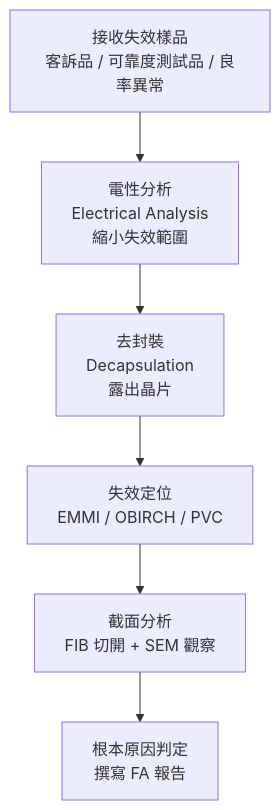
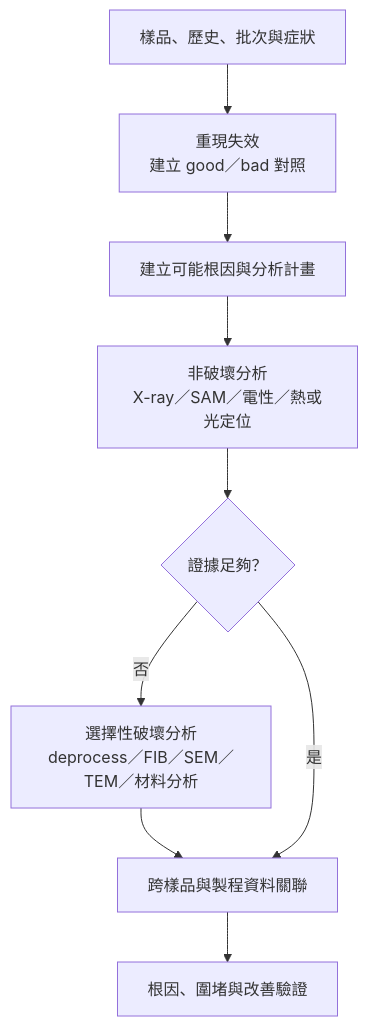
The diagram in docs/semi-jobs/14-failure-analysis.md (wizardhsiehcom/book), drawn with Mermaid before and after one commit. The commit also changed other lines of this file and 31 other files, not shown here.

````diff
--- a/docs/semi-jobs/14-failure-analysis.md
+++ b/docs/semi-jobs/14-failure-analysis.md
@@ -7,10 +9,11 @@
 ```mermaid
 flowchart TD
-    RECV["接收失效樣品<br/>客訴品 / 可靠度測試品 / 良率異常"]
-    EA["電性分析<br/>Electrical Analysis<br/>縮小失效範圍"]
-    DP["去封裝<br/>Decapsulation<br/>露出晶片"]
-    LOC["失效定位<br/>EMMI / OBIRCH / PVC"]
-    SECT["截面分析<br/>FIB 切開 + SEM 觀察"]
-    ROOT["根本原因判定<br/>撰寫 FA 報告"]
-    RECV --> EA --> DP --> LOC --> SECT --> ROOT
+    RECV["樣品、歷史、批次與症狀"] --> REPRO["重現失效<br/>建立 good／bad 對照"]
+    REPRO --> HYP["建立可能根因與分析計畫"]
+    HYP --> ND["非破壞分析<br/>X-ray／SAM／電性／熱或光定位"]
+    ND --> DECIDE{"證據足夠？"}
+    DECIDE -->|"否"| DESTRUCT["選擇性破壞分析<br/>deprocess／FIB／SEM／TEM／材料分析"]
+    DESTRUCT --> CORR["跨樣品與製程資料關聯"]
+    DECIDE -->|"是"| CORR
+    CORR --> RCA["根因、圍堵與改善驗證"]
 ```
````
